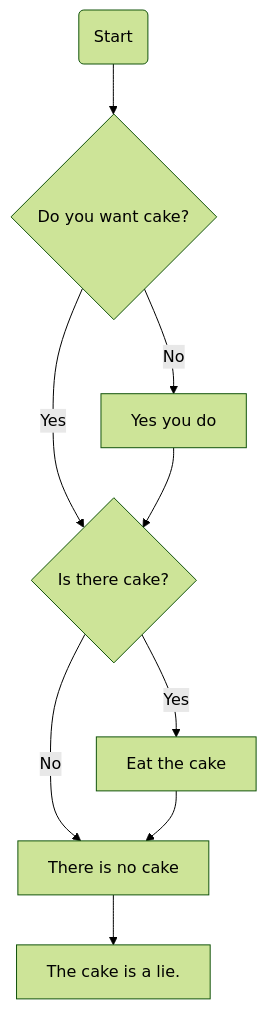
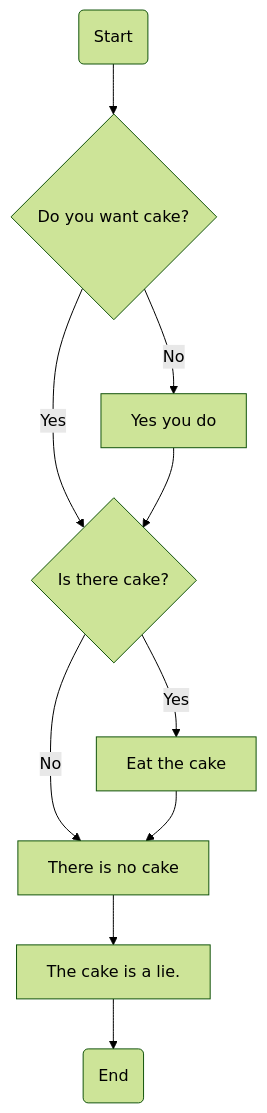
The diagram in README.md (aircooledjacob/aircooledjacob), drawn with Mermaid (forest theme) before and after one commit.

````diff
--- a/README.md
+++ b/README.md
@@ -17,11 +17,12 @@
 ```mermaid
 flowchart TD;
     lie[The cake is a lie.]
     start(Start) --> cake{Do you want cake?}
     cake -- Yes --> cakeExists{Is there cake?}
     cake -- No --> youDo[Yes you do] --> cakeExists
     cakeExists -- No --> noCake[There is no cake]
     noCake --> lie
     cakeExists -- Yes --> eat[Eat the cake]
     eat --> noCake
+    lie --> End(End)
  ```
````
